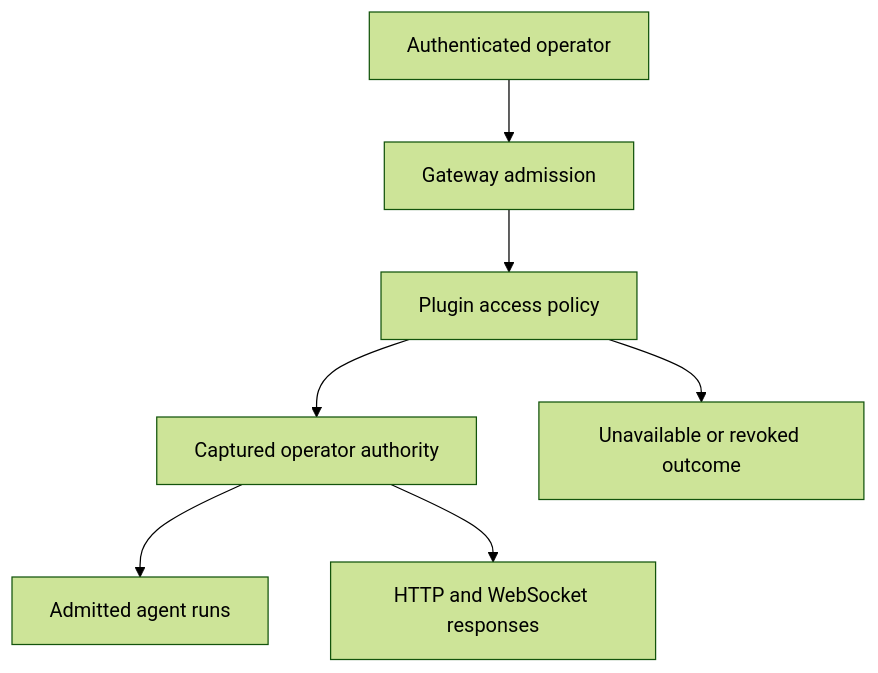
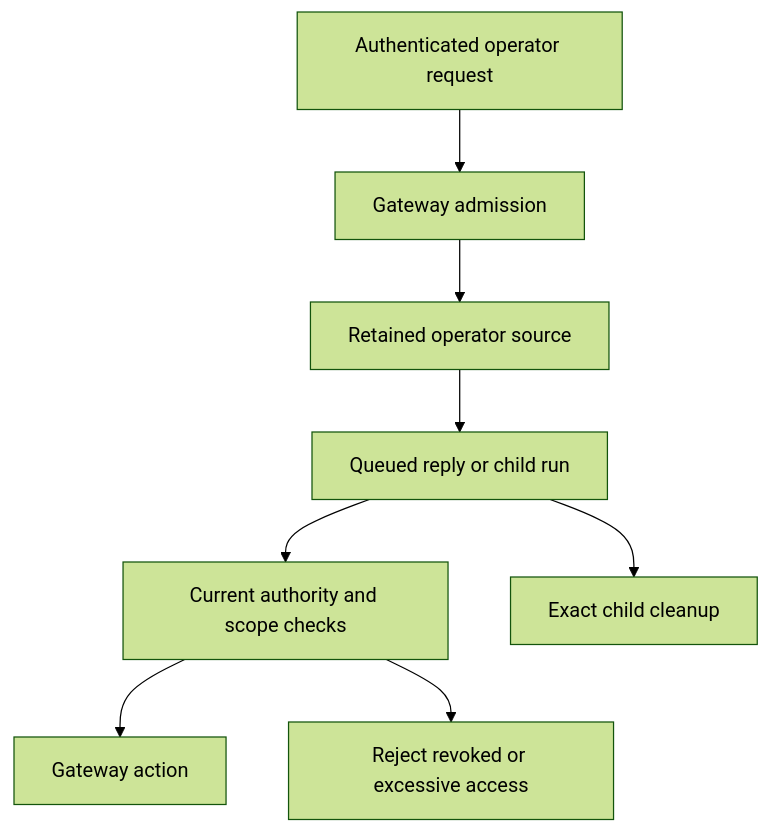
The diagram in fix-origins/clawsweeper/bundles/0297.full.md (miguelbranco80/openclaw-bug-origins), drawn with Mermaid (forest theme) before and after one commit. The commit also changed other lines of this file and 6464 other files, not shown here.

````diff
--- a/fix-origins/clawsweeper/bundles/0297.full.md
+++ b/fix-origins/clawsweeper/bundles/0297.full.md
@@ -54,9 +39,10 @@
 ```mermaid
 flowchart TD
-  A[Authenticated operator] --> B[Gateway admission]
-  B --> C[Plugin access policy]
-  C --> D[Captured operator authority]
-  D --> E[Admitted agent runs]
-  D --> F[HTTP and WebSocket responses]
-  C --> G[Unavailable or revoked outcome]
+  A[Authenticated operator request] --> B[Gateway admission]
+  B --> C[Retained operator source]
+  C --> D[Queued reply or child run]
+  D --> E[Current authority and scope checks]
+  E --> F[Gateway action]
+  E --> G[Reject revoked or excessive access]
+  D --> H[Exact child cleanup]
 ```
````
